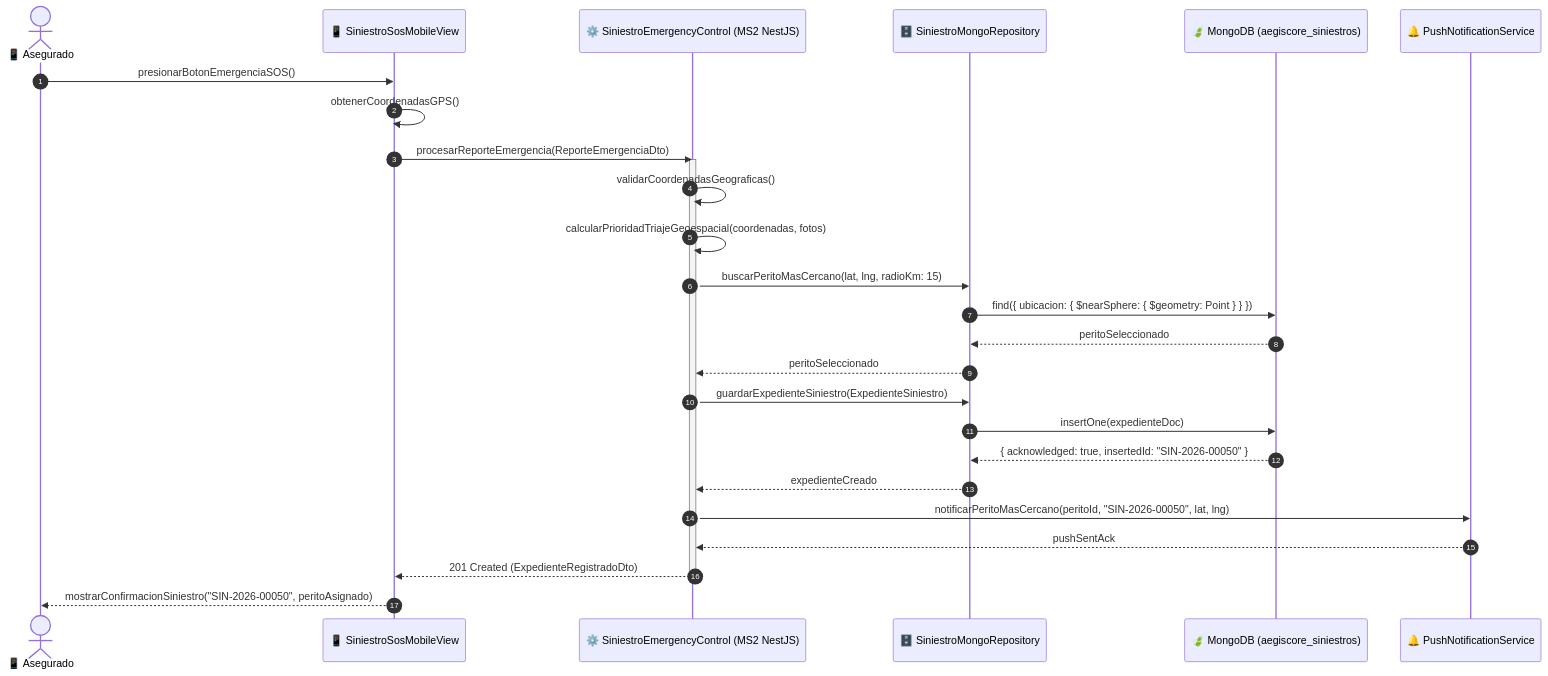
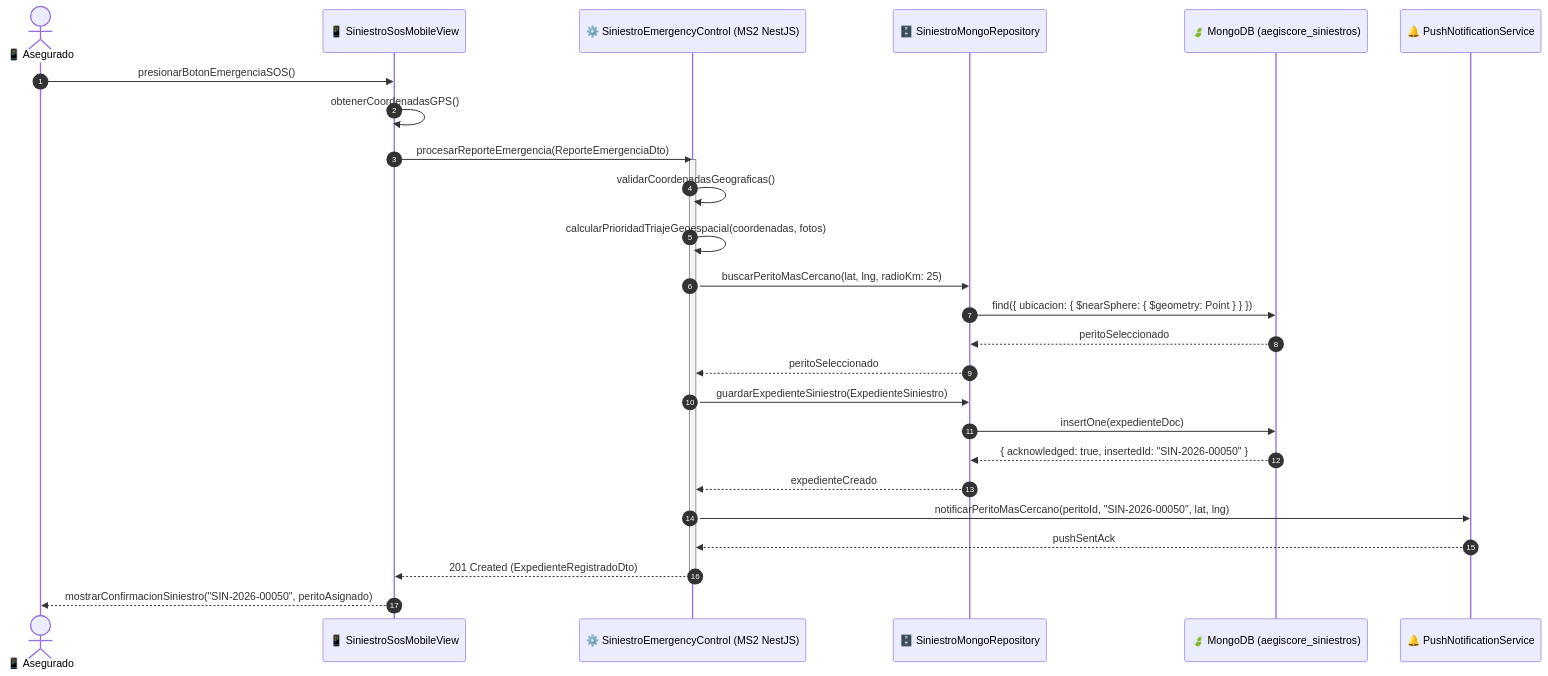
Before and after one commit to DiegoxdGarcia2/2doParcialSW2: the ninth of 15 diagrams in docs/FASE_3_DOCUMENTACION_ICONIX_PERFIL_B.md, drawn with Mermaid. The commit also changed other lines of this file and 4 other files, not shown here.

Commit message:
docs: reestructurar documentacion formal segun Indice_ICONIX.pdf y anadir modelos nativos para Enterprise Architect 17.2

````diff
--- a/docs/FASE_3_DOCUMENTACION_ICONIX_PERFIL_B.md
+++ b/docs/FASE_3_DOCUMENTACION_ICONIX_PERFIL_B.md
@@ -335,32 +504,32 @@
 ```mermaid
 sequenceDiagram
     autonumber
     actor CLI as 📱 Asegurado
     participant BND as 📱 SiniestroSosMobileView
     participant CTRL as ⚙️ SiniestroEmergencyControl (MS2 NestJS)
     participant REPO as 🗄️ SiniestroMongoRepository
     participant DB as 🍃 MongoDB (aegiscore_siniestros)
     participant FCM as 🔔 PushNotificationService
 
     CLI->>BND: presionarBotonEmergenciaSOS()
     BND->>BND: obtenerCoordenadasGPS()
     BND->>CTRL: procesarReporteEmergencia(ReporteEmergenciaDto)
     activate CTRL
     CTRL->>CTRL: validarCoordenadasGeograficas()
     CTRL->>CTRL: calcularPrioridadTriajeGeoespacial(coordenadas, fotos)
-    CTRL->>REPO: buscarPeritoMasCercano(lat, lng, radioKm: 15)
+    CTRL->>REPO: buscarPeritoMasCercano(lat, lng, radioKm: 25)
     REPO->>DB: find({ ubicacion: { $nearSphere: { $geometry: Point } } })
     DB-->>REPO: peritoSeleccionado
     REPO-->>CTRL: peritoSeleccionado
 
     CTRL->>REPO: guardarExpedienteSiniestro(ExpedienteSiniestro)
     REPO->>DB: insertOne(expedienteDoc)
     DB-->>REPO: { acknowledged: true, insertedId: "SIN-2026-00050" }
     REPO-->>CTRL: expedienteCreado
 
     CTRL->>FCM: notificarPeritoMasCercano(peritoId, "SIN-2026-00050", lat, lng)
     FCM-->>CTRL: pushSentAck
     CTRL-->>BND: 201 Created (ExpedienteRegistradoDto)
     deactivate CTRL
     BND-->>CLI: mostrarConfirmacionSiniestro("SIN-2026-00050", peritoAsignado)
 ```
````
